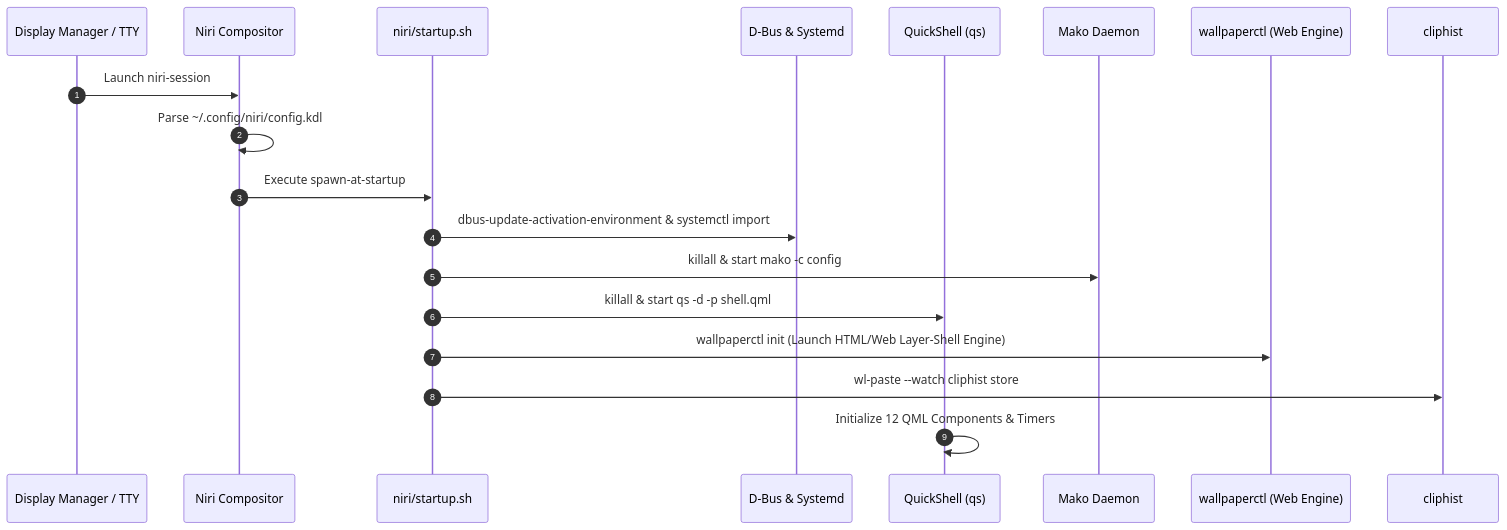
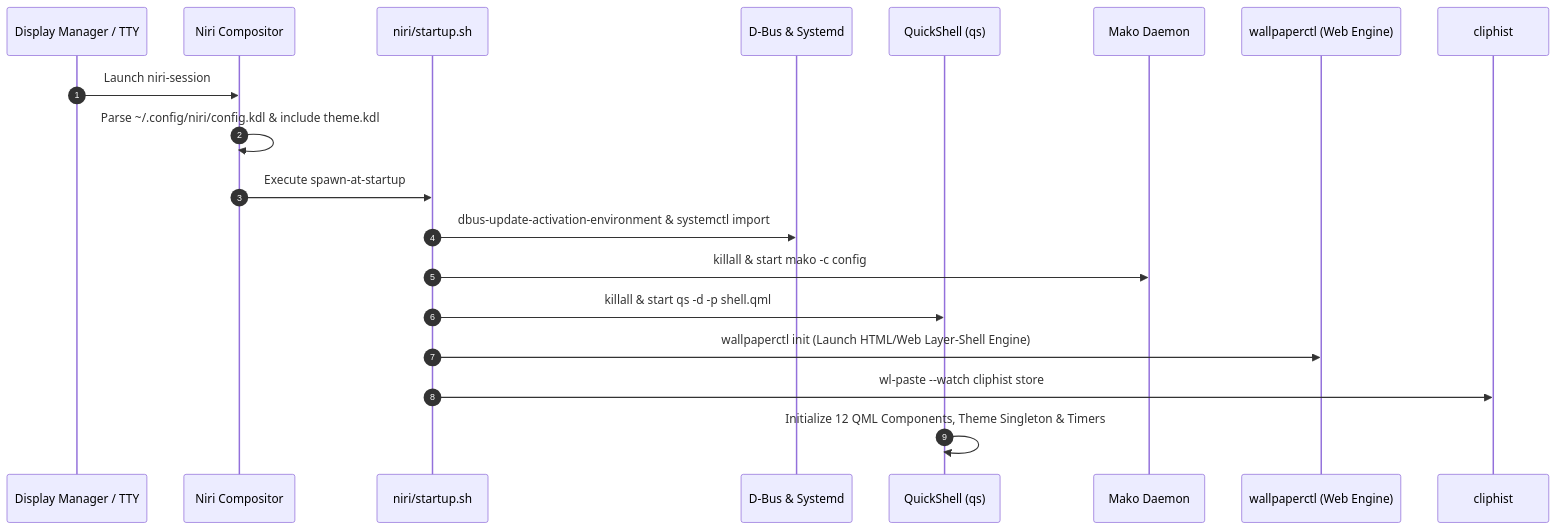
Before and after one commit to Aryan-Harmalkar/DARK_NIRI: the diagram in docs/complex/ARCHITECTURE.md, drawn with Mermaid. The commit also changed other lines of this file and 62 other files, not shown here.

````diff
--- a/docs/complex/ARCHITECTURE.md
+++ b/docs/complex/ARCHITECTURE.md
@@ -28,22 +29,22 @@
 ```mermaid
 sequenceDiagram
     autonumber
     participant DM as Display Manager / TTY
     participant Niri as Niri Compositor
     participant Startup as niri/startup.sh
     participant DBus as D-Bus & Systemd
     participant QS as QuickShell (qs)
     participant Mako as Mako Daemon
     participant Wall as wallpaperctl (Web Engine)
     participant Clip as cliphist
 
     DM->>Niri: Launch niri-session
-    Niri->>Niri: Parse ~/.config/niri/config.kdl
+    Niri->>Niri: Parse ~/.config/niri/config.kdl & include theme.kdl
     Niri->>Startup: Execute spawn-at-startup
     Startup->>DBus: dbus-update-activation-environment & systemctl import
     Startup->>Mako: killall & start mako -c config
     Startup->>QS: killall & start qs -d -p shell.qml
     Startup->>Wall: wallpaperctl init (Launch HTML/Web Layer-Shell Engine)
     Startup->>Clip: wl-paste --watch cliphist store
-    QS->>QS: Initialize 12 QML Components & Timers
+    QS->>QS: Initialize 12 QML Components, Theme Singleton & Timers
 ```
````
